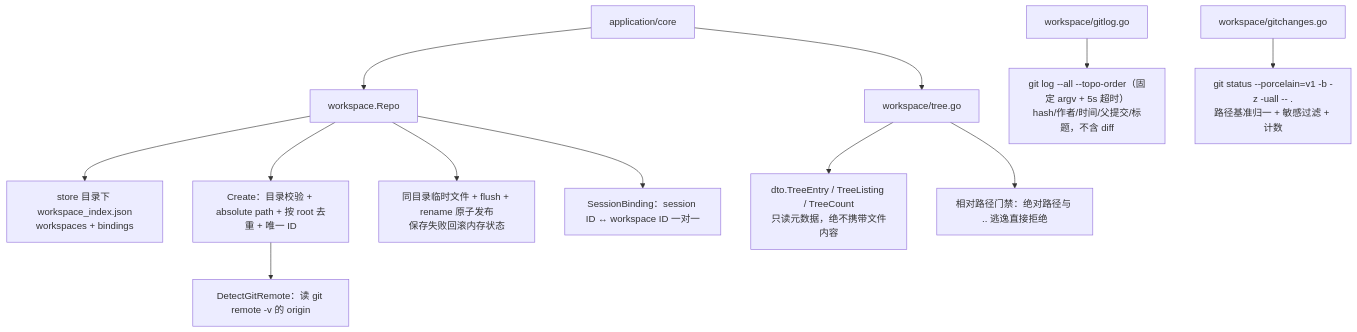
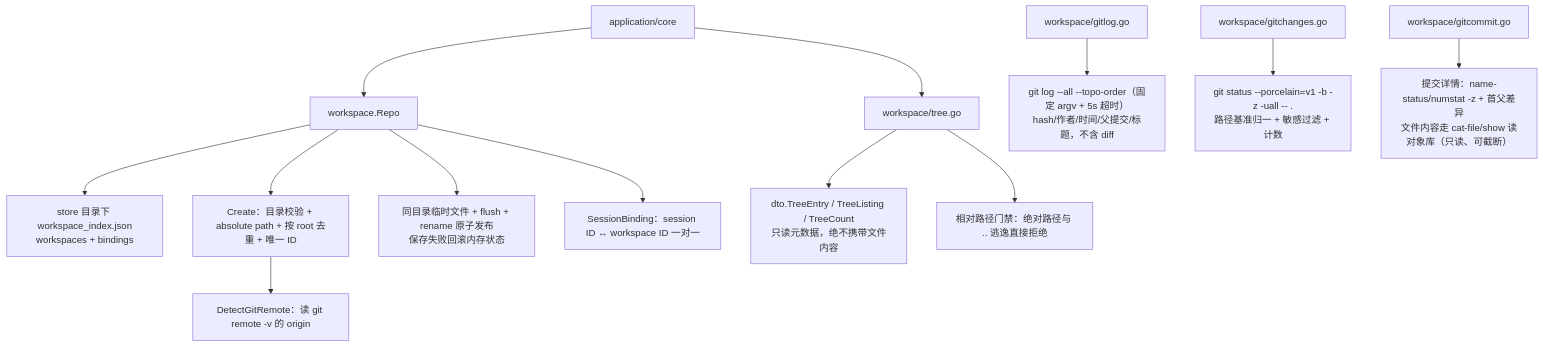
The first of 2 diagrams in workspace/README.md (RedHuang-0622/seelex), drawn with Mermaid before and after one commit. The commit also changed other lines of this file and 28 other files, not shown here.

````diff
--- a/workspace/README.md
+++ b/workspace/README.md
@@ -9,14 +9,15 @@
 ```mermaid
 flowchart TB
     CORE["application/core"] --> WS["workspace.Repo"]
     CORE --> TREE["workspace/tree.go"]
     WS --> INDEX["store 目录下 workspace_index.json<br/>workspaces + bindings"]
     WS --> DUP["Create：目录校验 + absolute path + 按 root 去重 + 唯一 ID"]
     WS --> ATOMIC["同目录临时文件 + flush + rename 原子发布<br/>保存失败回滚内存状态"]
     WS --> BIND["SessionBinding：session ID ↔ workspace ID 一对一"]
     TREE --> DTO["dto.TreeEntry / TreeListing / TreeCount<br/>只读元数据，绝不携带文件内容"]
     TREE --> GATE["相对路径门禁：绝对路径与 .. 逃逸直接拒绝"]
     GIT["workspace/gitlog.go"] --> LOG["git log --all --topo-order（固定 argv + 5s 超时）<br/>hash/作者/时间/父提交/标题，不含 diff"]
     CHANGES["workspace/gitchanges.go"] --> STAT["git status --porcelain=v1 -b -z -uall -- .<br/>路径基准归一 + 敏感过滤 + 计数"]
+    DETAIL["workspace/gitcommit.go"] --> COMMIT["提交详情：name-status/numstat -z + 首父差异<br/>文件内容走 cat-file/show 读对象库（只读、可截断）"]
     DUP --> DETECT["DetectGitRemote：读 git remote -v 的 origin"]
 ```
````
